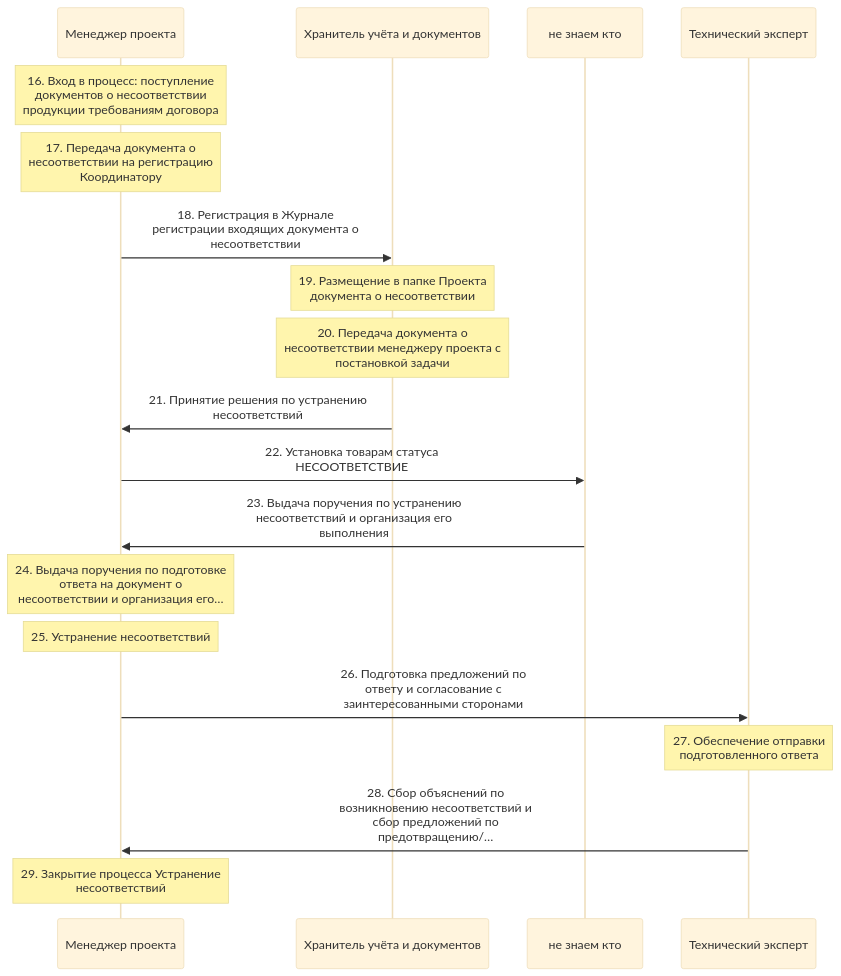
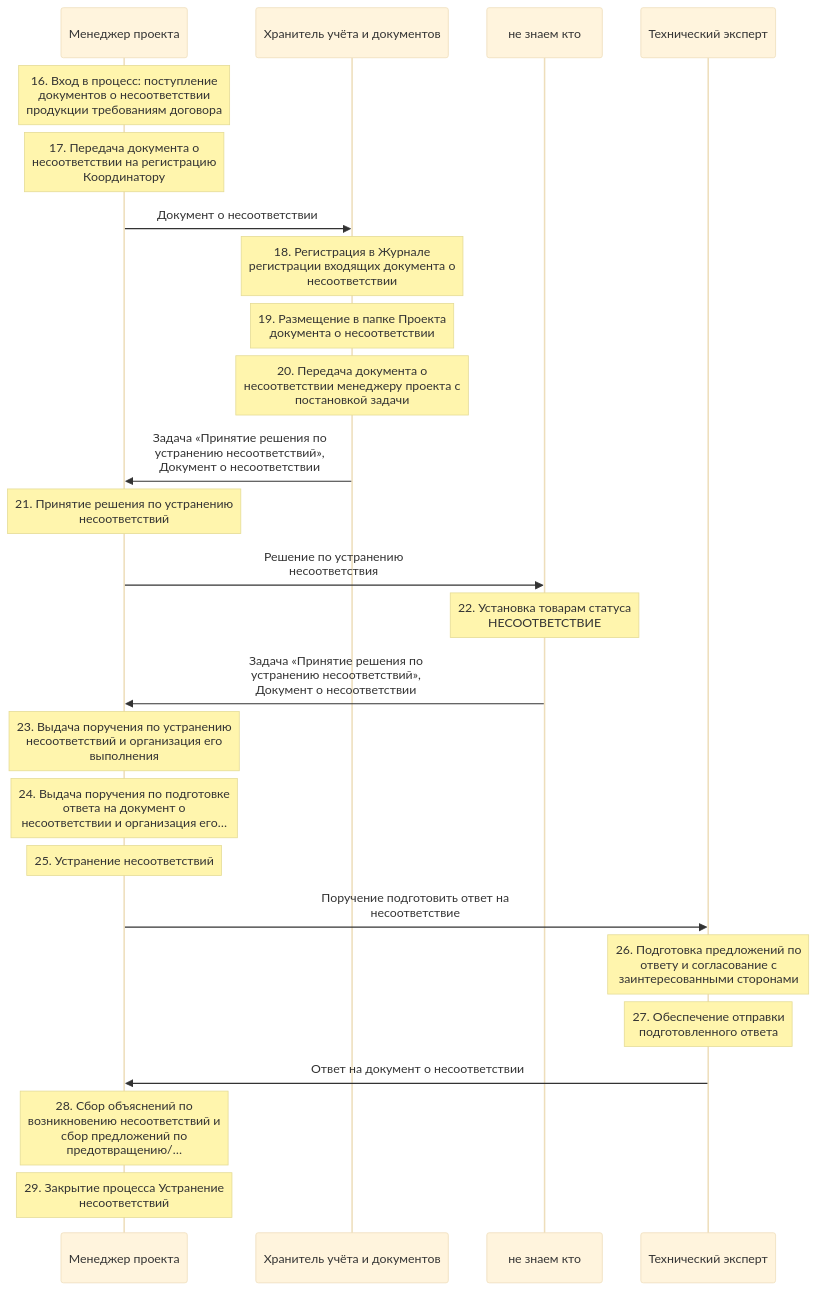
Before and after one commit to vlad78831457/orb-work: the first of 5 diagrams in inst/md-out/pro/r10-nesootvetstviya/index.md, drawn with Mermaid (base theme). The commit also changed other lines of this file and 86 other files, not shown here.

````diff
--- a/inst/md-out/pro/r10-nesootvetstviya/index.md
+++ b/inst/md-out/pro/r10-nesootvetstviya/index.md
@@ -14,21 +14,27 @@
 ```mermaid
 sequenceDiagram
   participant r_proekt as Менеджер проекта
   participant r_khranitel as Хранитель учёта и документов
   participant r_none as не знаем кто
   participant r_tekh as Технический эксперт
   Note over r_proekt: 16. Вход в процесс: поступление<br/>документов о несоответствии<br/>продукции требованиям договора
   Note over r_proekt: 17. Передача документа о<br/>несоответствии на регистрацию<br/>Координатору
-  r_proekt->>r_khranitel: 18. Регистрация в Журнале<br/>регистрации входящих документа о<br/>несоответствии
+  r_proekt->>r_khranitel: Документ о несоответствии
+  Note over r_khranitel: 18. Регистрация в Журнале<br/>регистрации входящих документа о<br/>несоответствии
   Note over r_khranitel: 19. Размещение в папке Проекта<br/>документа о несоответствии
   Note over r_khranitel: 20. Передача документа о<br/>несоответствии менеджеру проекта с<br/>постановкой задачи
-  r_khranitel->>r_proekt: 21. Принятие решения по устранению<br/>несоответствий
-  r_proekt->>r_none: 22. Установка товарам статуса<br/>НЕСООТВЕТСТВИЕ
-  r_none->>r_proekt: 23. Выдача поручения по устранению<br/>несоответствий и организация его<br/>выполнения
+  r_khranitel->>r_proekt: Задача «Принятие решения по<br/>устранению несоответствий»,<br/>Документ о несоответствии
+  Note over r_proekt: 21. Принятие решения по устранению<br/>несоответствий
+  r_proekt->>r_none: Решение по устранению<br/>несоответствия
+  Note over r_none: 22. Установка товарам статуса<br/>НЕСООТВЕТСТВИЕ
+  r_none->>r_proekt: Задача «Принятие решения по<br/>устранению несоответствий»,<br/>Документ о несоответствии
+  Note over r_proekt: 23. Выдача поручения по устранению<br/>несоответствий и организация его<br/>выполнения
   Note over r_proekt: 24. Выдача поручения по подготовке<br/>ответа на документ о<br/>несоответствии и организация его…
   Note over r_proekt: 25. Устранение несоответствий
-  r_proekt->>r_tekh: 26. Подготовка предложений по<br/>ответу и согласование с<br/>заинтересованными сторонами
+  r_proekt->>r_tekh: Поручение подготовить ответ на<br/>несоответствие
+  Note over r_tekh: 26. Подготовка предложений по<br/>ответу и согласование с<br/>заинтересованными сторонами
   Note over r_tekh: 27. Обеспечение отправки<br/>подготовленного ответа
-  r_tekh->>r_proekt: 28. Сбор объяснений по<br/>возникновению несоответствий и<br/>сбор предложений по<br/>предотвращению/…
+  r_tekh->>r_proekt: Ответ на документ о несоответствии
+  Note over r_proekt: 28. Сбор объяснений по<br/>возникновению несоответствий и<br/>сбор предложений по<br/>предотвращению/…
   Note over r_proekt: 29. Закрытие процесса Устранение<br/>несоответствий
 ```
````
